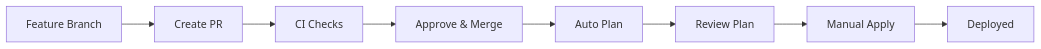
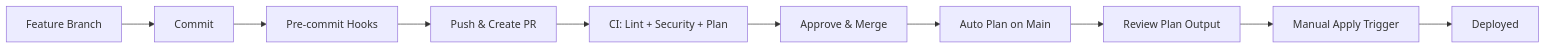
The diagram in docs/architecture.md (gamaware/aws-organization-governance), drawn with Mermaid before and after one commit. The commit also changed other lines of this file and 1 other file, not shown here.

Commit message:
Update documentation with new pre-commit hooks
- Added markdownlint and actionlint to pre-commit checks list
- Updated mermaid diagram with detailed workflow steps
- Enhanced Layer 1 defense description with all validation tools
- Fixed duplicate steps in architecture doc

````diff
--- a/docs/architecture.md
+++ b/docs/architecture.md
@@ -104,10 +104,12 @@
 ```mermaid
 graph LR
-    A[Feature Branch] --> B[Create PR]
-    B --> C[CI Checks]
-    C --> D[Approve & Merge]
-    D --> E[Auto Plan]
-    E --> F[Review Plan]
-    F --> G[Manual Apply]
-    G --> H[Deployed]
+    A[Feature Branch] --> B[Commit]
+    B --> C[Pre-commit Hooks]
+    C --> D[Push & Create PR]
+    D --> E[CI: Lint + Security + Plan]
+    E --> F[Approve & Merge]
+    F --> G[Auto Plan on Main]
+    G --> H[Review Plan Output]
+    H --> I[Manual Apply Trigger]
+    I --> J[Deployed]
 ```
````
